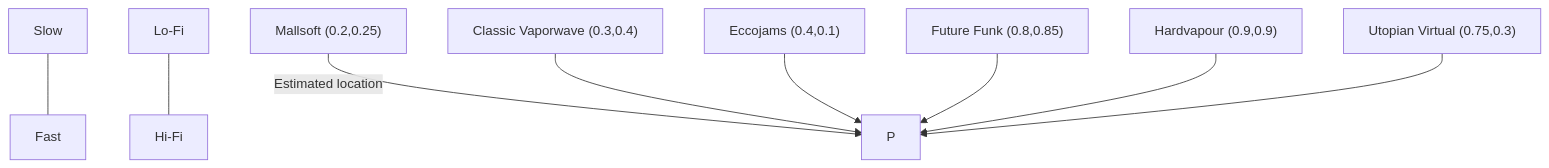
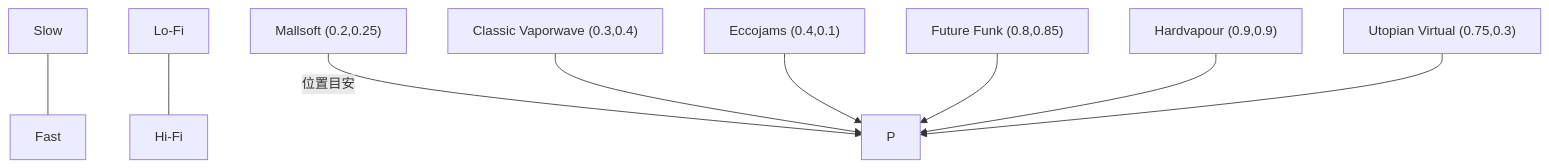
Before and after one commit to monumental-movement/monumental-movement.github.io: the first of 3 diagrams in en/_posts/2025-11-16-column-vaporwave.md, drawn with Mermaid. The commit also changed other lines of this file and 2196 other files, not shown here.

```diff
--- a/en/_posts/2025-11-16-column-vaporwave.md
+++ b/en/_posts/2025-11-16-column-vaporwave.md
@@ -125,16 +124,16 @@
 <div class="mermaid">
 
 flowchart TB
 
     A1[Slow] --- A2[Fast]
     B1[Lo-Fi] --- B2[Hi-Fi]
 
 
-    M["Mallsoft (0.2,0.25)"] -->|Estimated location| P
+    M["Mallsoft (0.2,0.25)"] -->|位置目安| P
     C["Classic Vaporwave (0.3,0.4)"] --> P
     E["Eccojams (0.4,0.1)"] --> P
     F["Future Funk (0.8,0.85)"] --> P
     H["Hardvapour (0.9,0.9)"] --> P
     U["Utopian Virtual (0.75,0.3)"] --> P
 
 </div>
```
